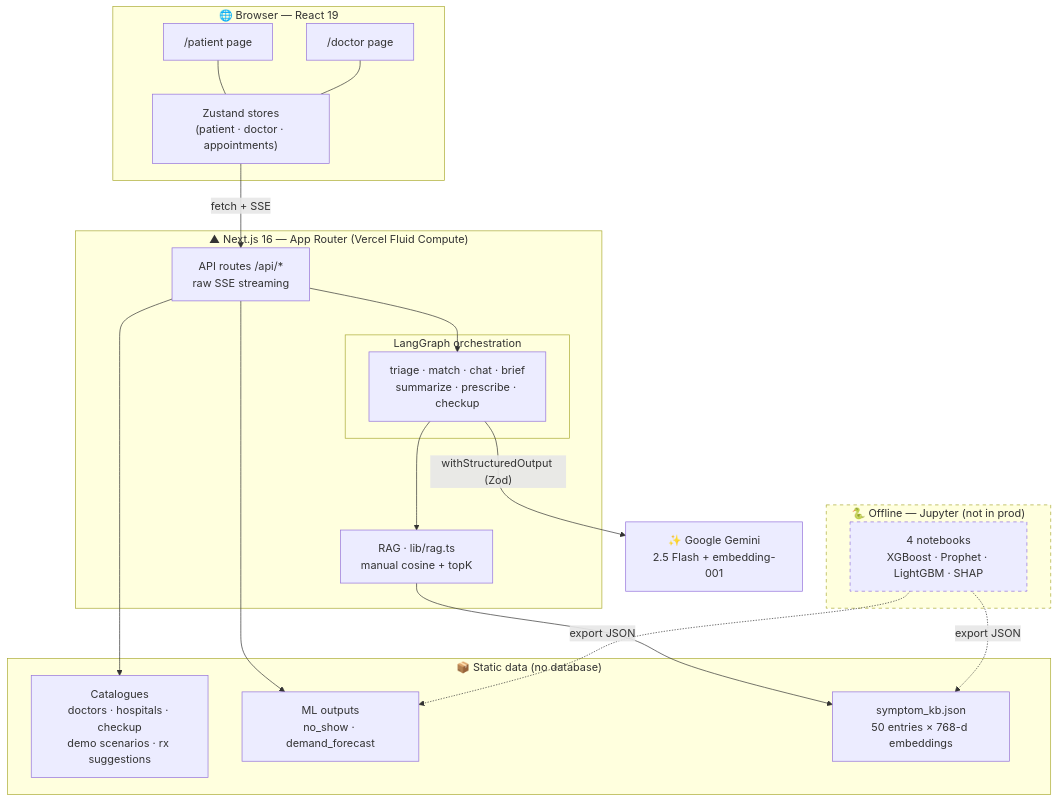
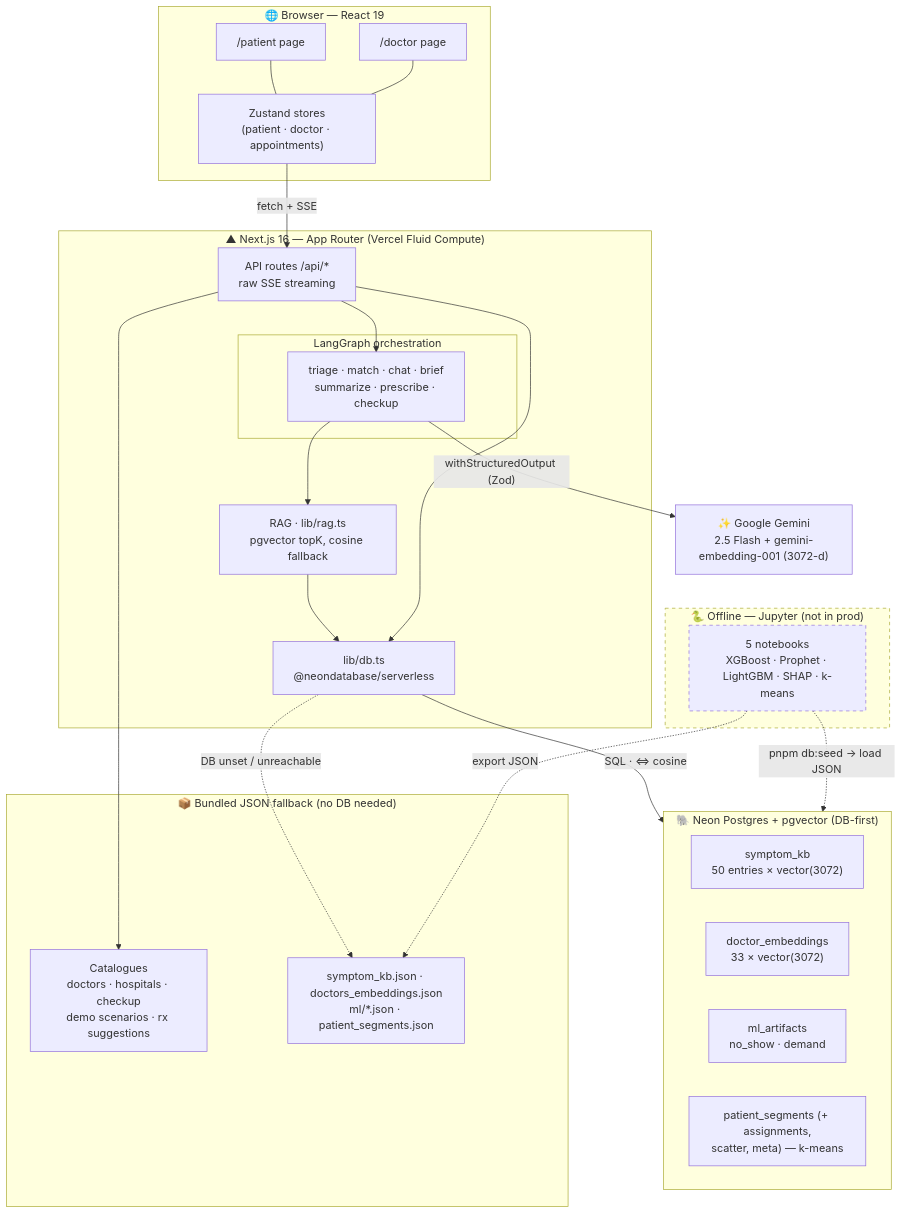
The first of 5 diagrams in README.md (hhej/mordee-x), drawn with Mermaid before and after one commit. The commit also changed other lines of this file and 1 other file, not shown here.

````diff
--- a/README.md
+++ b/README.md
@@ -85,43 +87,52 @@
 ```mermaid
 graph TB
     subgraph Browser["🌐 Browser — React 19"]
         P["/patient page"]
         D["/doctor page"]
         Z["Zustand stores<br/>(patient · doctor · appointments)"]
         P --- Z
         D --- Z
     end
 
     subgraph Next["▲ Next.js 16 — App Router (Vercel Fluid Compute)"]
         API["API routes /api/*<br/>raw SSE streaming"]
         subgraph Graphs["LangGraph orchestration"]
             G["triage · match · chat · brief<br/>summarize · prescribe · checkup"]
         end
-        RAG["RAG · lib/rag.ts<br/>manual cosine + topK"]
+        RAG["RAG · lib/rag.ts<br/>pgvector topK, cosine fallback"]
+        DB["lib/db.ts<br/>@neondatabase/serverless"]
         API --> G
         G --> RAG
+        RAG --> DB
+        API --> DB
     end
 
-    subgraph Data["📦 Static data (no database)"]
+    subgraph Neon["🐘 Neon Postgres + pgvector (DB-first)"]
+        KB["symptom_kb<br/>50 entries × vector(3072)"]
+        DE["doctor_embeddings<br/>33 × vector(3072)"]
+        ML["ml_artifacts<br/>no_show · demand"]
+        SEG["patient_segments (+ assignments,<br/>scatter, meta) — k-means"]
+    end
+
+    subgraph Fallback["📦 Bundled JSON fallback (no DB needed)"]
         CAT["Catalogues<br/>doctors · hospitals · checkup<br/>demo scenarios · rx suggestions"]
-        ML["ML outputs<br/>no_show · demand_forecast"]
-        KB["symptom_kb.json<br/>50 entries × 768-d embeddings"]
+        FJSON["symptom_kb.json · doctors_embeddings.json<br/>ml/*.json · patient_segments.json"]
     end
 
     subgraph Offline["🐍 Offline — Jupyter (not in prod)"]
-        NB["4 notebooks<br/>XGBoost · Prophet · LightGBM · SHAP"]
+        NB["5 notebooks<br/>XGBoost · Prophet · LightGBM · SHAP · k-means"]
     end
 
-    Gemini["✨ Google Gemini<br/>2.5 Flash + embedding-001"]
+    Gemini["✨ Google Gemini<br/>2.5 Flash + gemini-embedding-001 (3072-d)"]
 
     Z -->|"fetch + SSE"| API
     G -->|"withStructuredOutput (Zod)"| Gemini
-    RAG --> KB
+    DB -->|"SQL · &lt;=&gt; cosine"| Neon
+    DB -.->|"DB unset / unreachable"| FJSON
     API --> CAT
-    API --> ML
-    NB -.->|"export JSON"| ML
-    NB -.->|"export JSON"| KB
+    NB -.->|"pnpm db:seed → load JSON"| Neon
+    NB -.->|"export JSON"| FJSON
 
     classDef offline stroke-dasharray:5 5;
     class Offline,NB offline;
 ```
````
